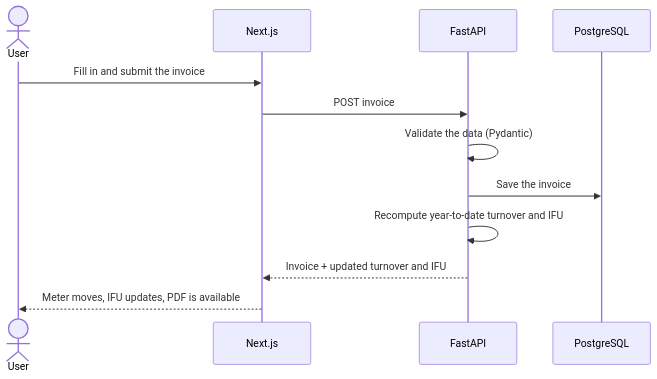
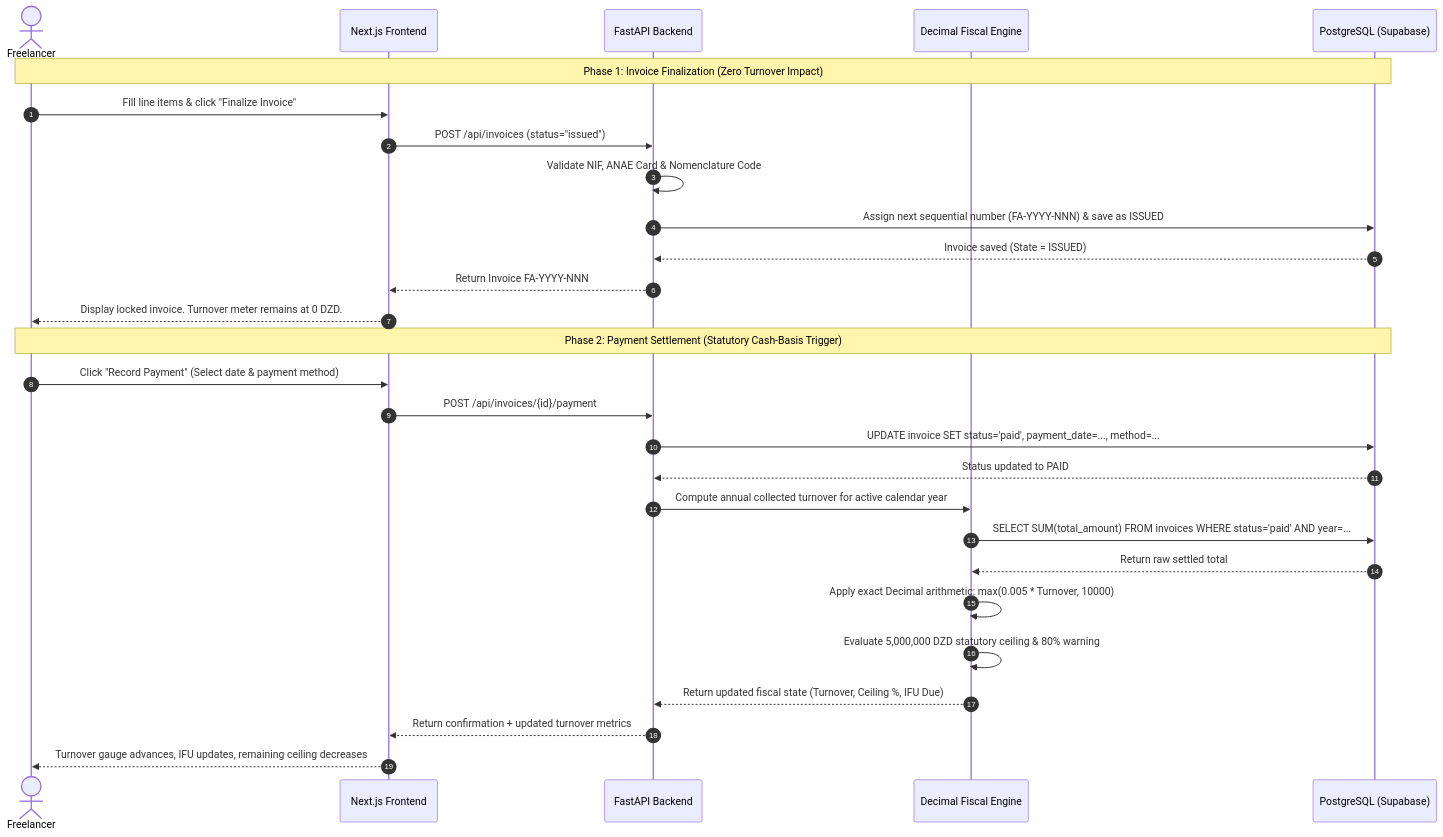
The second of 5 diagrams in README.md (AYA-BACHA/MoukawilOS), drawn with Mermaid before and after one commit. The commit also changed other lines of this file and 1 other file, not shown here.

````diff
--- a/README.md
+++ b/README.md
@@ -142,15 +216,34 @@
 ```mermaid
 sequenceDiagram
-    actor User
-    participant Web as Next.js
-    participant API as FastAPI
-    participant DB as PostgreSQL
+    autonumber
+    actor User as Freelancer
+    participant FE as Next.js Frontend
+    participant API as FastAPI Backend
+    participant Calc as Decimal Fiscal Engine
+    participant DB as PostgreSQL (Supabase)
 
-    User->>Web: Fill in and submit the invoice
-    Web->>API: POST invoice
-    API->>API: Validate the data (Pydantic)
-    API->>DB: Save the invoice
-    API->>API: Recompute year-to-date turnover and IFU
-    API-->>Web: Invoice + updated turnover and IFU
-    Web-->>User: Meter moves, IFU updates, PDF is available
+    Note over User,DB: Phase 1: Invoice Finalization (Zero Turnover Impact)
+    User->>FE: Fill line items & click "Finalize Invoice"
+    FE->>API: POST /api/invoices (status="issued")
+    API->>API: Validate NIF, ANAE Card & Nomenclature Code
+    API->>DB: Assign next sequential number (FA-YYYY-NNN) & save as ISSUED
+    DB-->>API: Invoice saved (State = ISSUED)
+    API-->>FE: Return Invoice FA-YYYY-NNN
+    FE-->>User: Display locked invoice. Turnover meter remains at 0 DZD.
+
+    Note over User,DB: Phase 2: Payment Settlement (Statutory Cash-Basis Trigger)
+    User->>FE: Click "Record Payment" (Select date & payment method)
+    FE->>API: POST /api/invoices/{id}/payment
+    API->>DB: UPDATE invoice SET status='paid', payment_date=..., method=...
+    DB-->>API: Status updated to PAID
+    
+    API->>Calc: Compute annual collected turnover for active calendar year
+    Calc->>DB: SELECT SUM(total_amount) FROM invoices WHERE status='paid' AND year=...
+    DB-->>Calc: Return raw settled total
+    Calc->>Calc: Apply exact Decimal arithmetic: max(0.005 * Turnover, 10000)
+    Calc->>Calc: Evaluate 5,000,000 DZD statutory ceiling & 80% warning
+    Calc-->>API: Return updated fiscal state (Turnover, Ceiling %, IFU Due)
+    
+    API-->>FE: Return confirmation + updated turnover metrics
+    FE-->>User: Turnover gauge advances, IFU updates, remaining ceiling decreases
 ```
````
